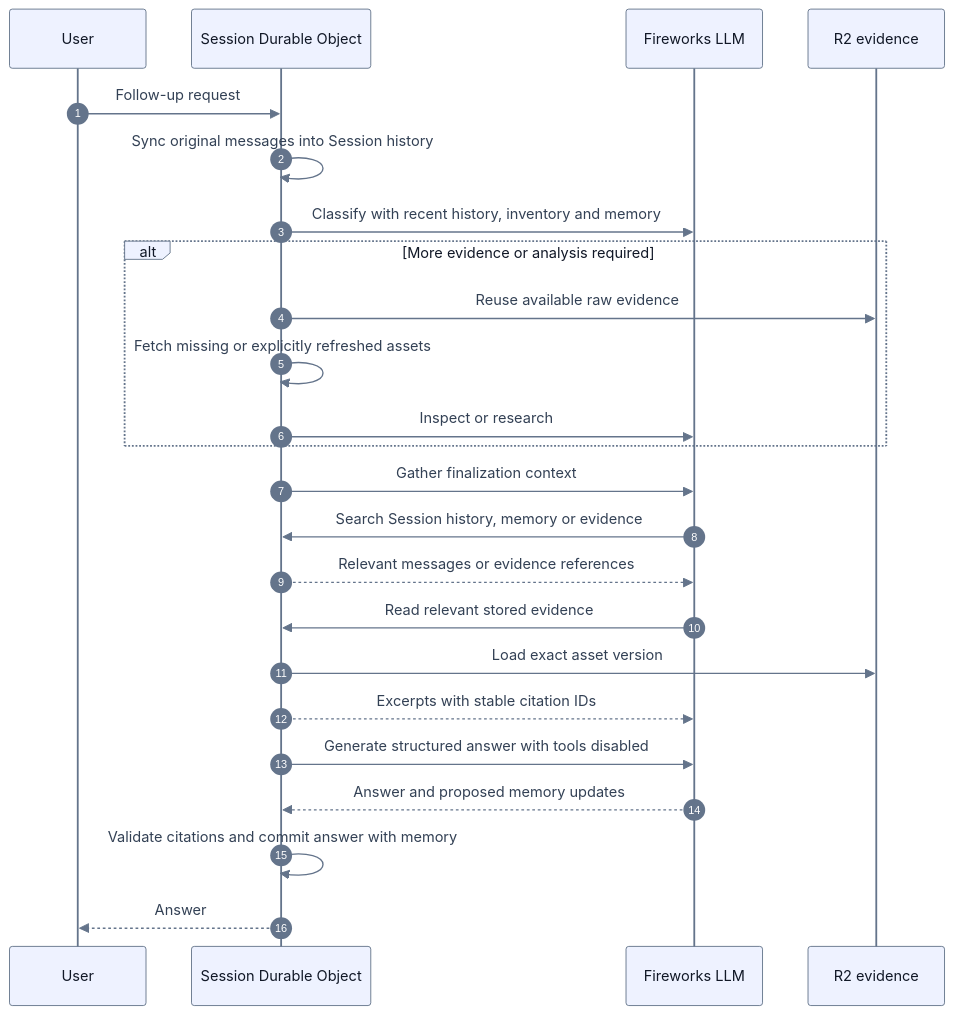
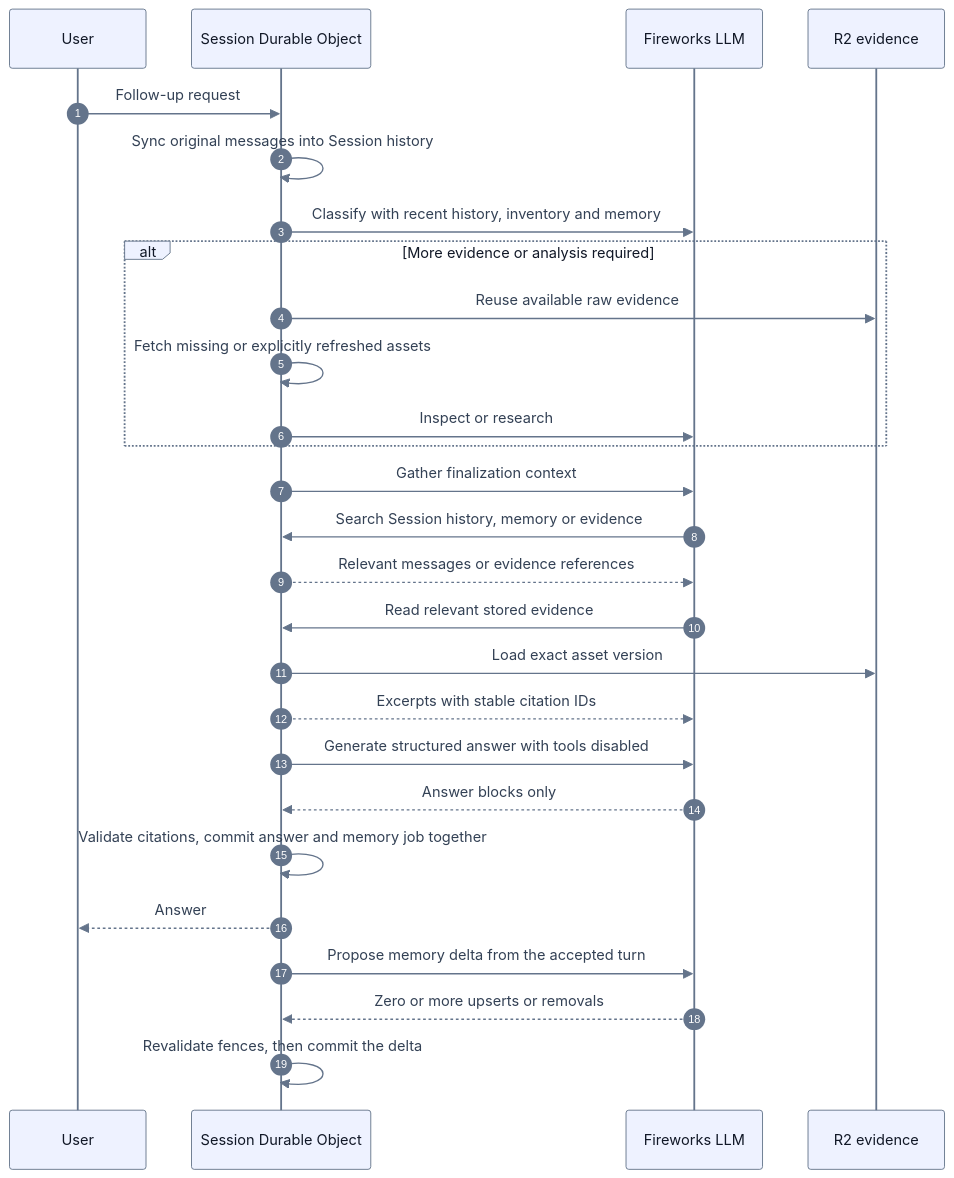
The first of 2 diagrams in reference/engineering/SESSION_EVIDENCE.md (devhims/video2ctx), drawn with Mermaid before and after one commit. The commit also changed other lines of this file and 17 other files, not shown here.

Commit message:
fix: generate session memory after accepted answers (#150)

````diff
--- a/reference/engineering/SESSION_EVIDENCE.md
+++ b/reference/engineering/SESSION_EVIDENCE.md
@@ -14,27 +19,30 @@
 ```mermaid
 %%{init: {'theme':'base','themeVariables':{'primaryColor':'#eef2ff','primaryTextColor':'#111827','primaryBorderColor':'#64748b','actorBkg':'#eef2ff','actorTextColor':'#111827','signalColor':'#64748b','signalTextColor':'#334155','labelBoxBkgColor':'#eef2ff','labelTextColor':'#111827','sequenceNumberColor':'#ffffff'}}}%%
 sequenceDiagram
     autonumber
     participant User
     participant App as Session Durable Object
     participant Model as Fireworks LLM
     participant Store as R2 evidence
     User->>App: Follow-up request
     App->>App: Sync original messages into Session history
     App->>Model: Classify with recent history, inventory and memory
     alt More evidence or analysis required
         App->>Store: Reuse available raw evidence
         App->>App: Fetch missing or explicitly refreshed assets
         App->>Model: Inspect or research
     end
     App->>Model: Gather finalization context
     Model->>App: Search Session history, memory or evidence
     App-->>Model: Relevant messages or evidence references
     Model->>App: Read relevant stored evidence
     App->>Store: Load exact asset version
     App-->>Model: Excerpts with stable citation IDs
     App->>Model: Generate structured answer with tools disabled
-    Model-->>App: Answer and proposed memory updates
-    App->>App: Validate citations and commit answer with memory
+    Model-->>App: Answer blocks only
+    App->>App: Validate citations, commit answer and memory job together
     App-->>User: Answer
+    App->>Model: Propose memory delta from the accepted turn
+    Model-->>App: Zero or more upserts or removals
+    App->>App: Revalidate fences, then commit the delta
 ```
````
